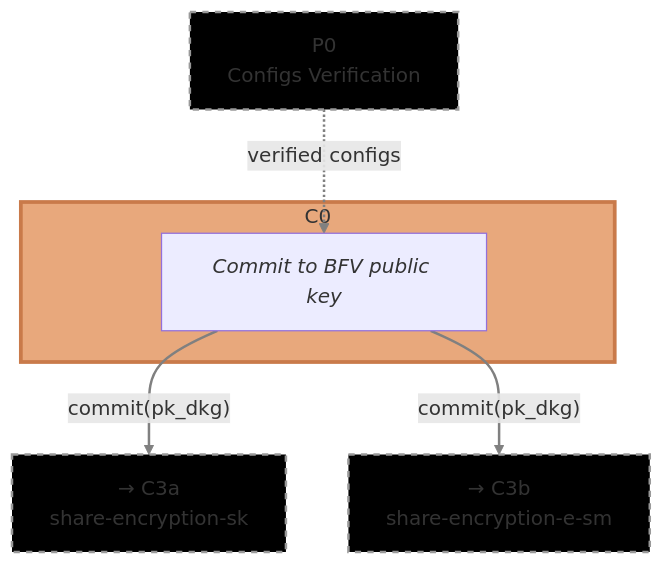
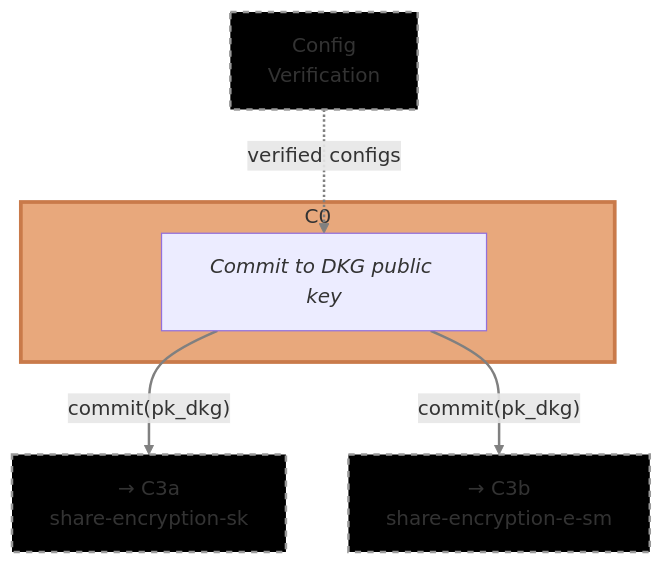
The diagram in circuits/bin/dkg/pk/README.md (gnosisguild/enclave), drawn with Mermaid before and after one commit. The commit also changed other lines of this file and 10 other files, not shown here.

````diff
--- a/circuits/bin/dkg/pk/README.md
+++ b/circuits/bin/dkg/pk/README.md
@@ -11,22 +11,22 @@
 ```mermaid
 flowchart TD
-    %% Input from Phase 0
-    Input0["P0<br>Configs Verification"] -.->|"verified configs"| C0
+    %% Input from config circuit
+    Input0["Config<br>Verification"] -.->|"verified configs"| C0
 
     subgraph Focus["C0"]
-        C0["<i>Commit to BFV public key</i>"]
+        C0["<i>Commit to DKG public key</i>"]
     end
 
     %% Output to C3a and C3b
     C0 -->|"commit(pk_dkg)"| Output1["→ C3a<br>share-encryption-sk"]
     C0 -->|"commit(pk_dkg)"| Output2["→ C3b<br>share-encryption-e-sm"]
 
     style Focus fill:#E8A87C,stroke:#C97A4A,stroke-width:3px
     style Input0 fill:#000000,stroke:#999,stroke-width:2px,stroke-dasharray: 5 5
     style Output1 fill:#000000,stroke:#999,stroke-width:2px,stroke-dasharray: 5 5
     style Output2 fill:#000000,stroke:#999,stroke-width:2px,stroke-dasharray: 5 5
 
     linkStyle 0 stroke:#808080,stroke-width:2px
     linkStyle 1 stroke:#808080,stroke-width:2px
     linkStyle 2 stroke:#808080,stroke-width:2px
 ```
````
